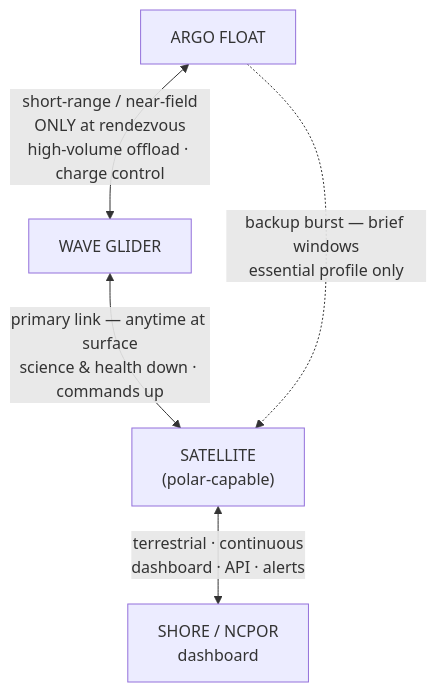
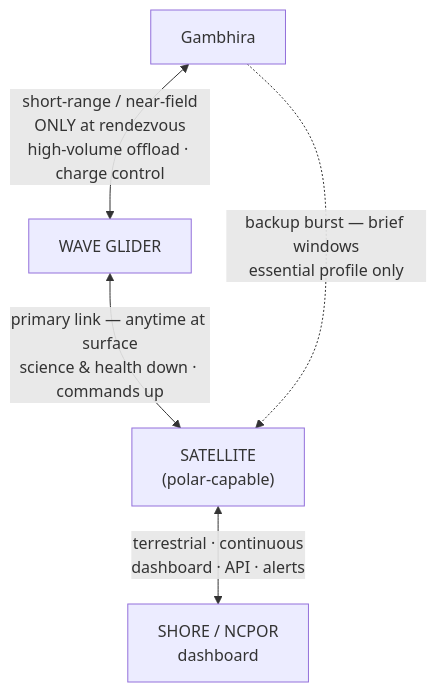
The fifth of 34 diagrams in README.md (DAnuraag/Dhakshin), drawn with Mermaid before and after one commit. The commit also changed other lines of this file, not shown here.

````diff
--- a/README.md
+++ b/README.md
@@ -1051,12 +1051,12 @@
 ```mermaid
 flowchart TB
     WG["WAVE GLIDER"]
-    AF["ARGO FLOAT"]
+    AF["Gambhira"]
     SAT["SATELLITE<br/>(polar-capable)"]
     SH["SHORE / NCPOR<br/>dashboard"]
 
     AF <-->|"short-range / near-field<br/>ONLY at rendezvous<br/>high-volume offload · charge control"| WG
     WG <-->|"primary link — anytime at surface<br/>science & health down · commands up"| SAT
     AF -.->|"backup burst — brief windows<br/>essential profile only"| SAT
     SAT <-->|"terrestrial · continuous<br/>dashboard · API · alerts"| SH
 ```
````
